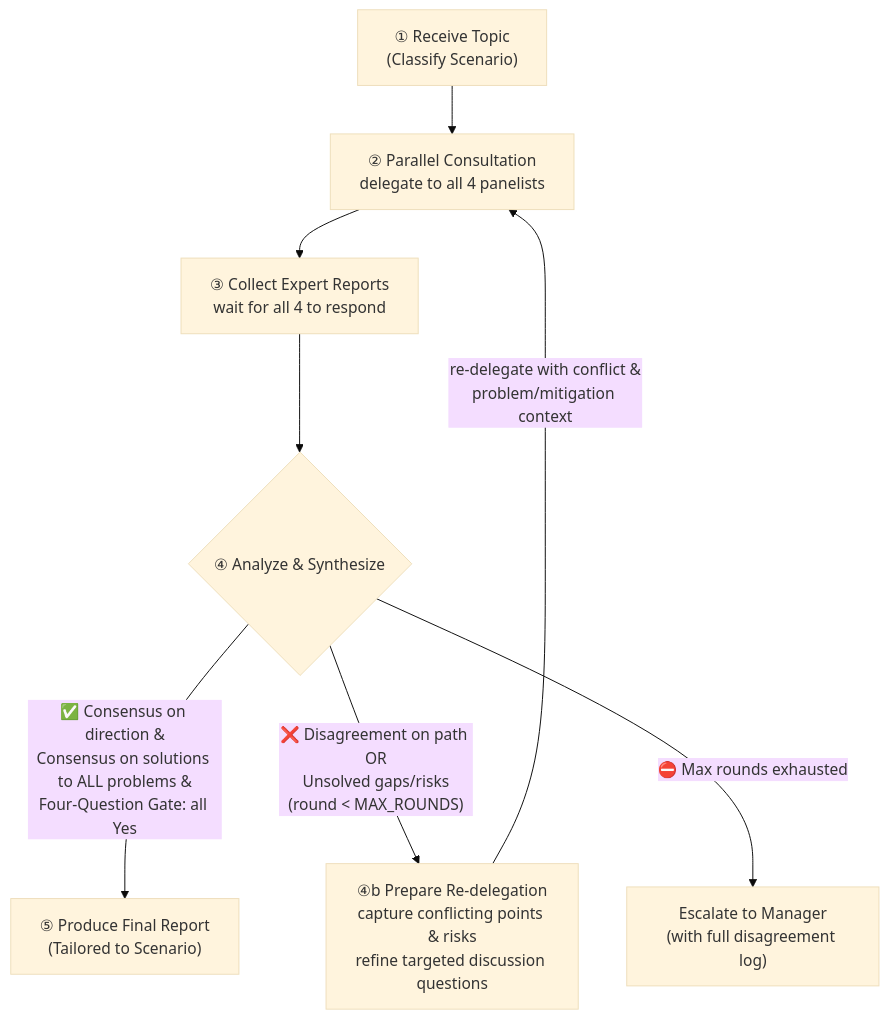
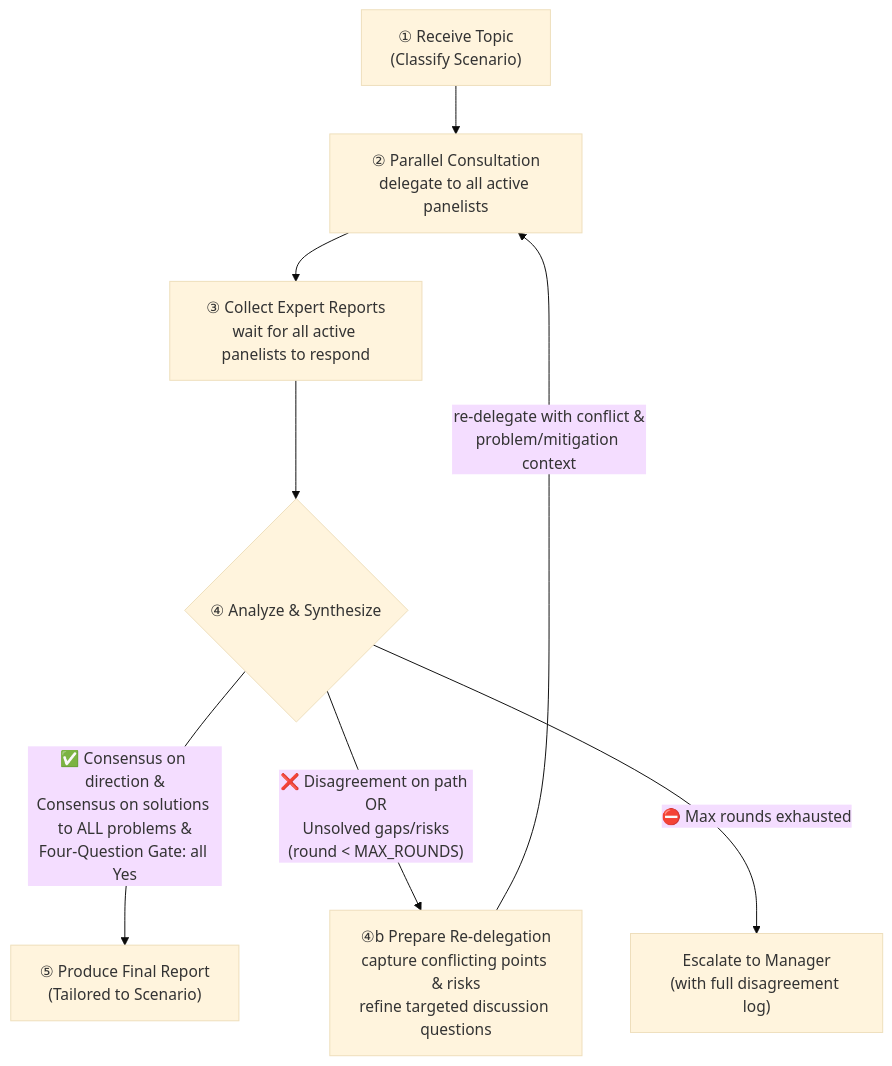
Before and after one commit to T-1009/personal-assistant: the second of 2 diagrams in .opencode/agents/panel-chair.md, drawn with Mermaid (base theme). The commit also changed other lines of this file and 1 other file, not shown here.

````diff
--- a/.opencode/agents/panel-chair.md
+++ b/.opencode/agents/panel-chair.md
@@ -115,10 +115,10 @@
 ```mermaid
 flowchart TD
-    A["① Receive Topic<br/>(Classify Scenario)"] --> B["② Parallel Consultation<br/>delegate to all 4 panelists"]
-    B --> C["③ Collect Expert Reports<br/>wait for all 4 to respond"]
+    A["① Receive Topic<br/>(Classify Scenario)"] --> B["② Parallel Consultation<br/>delegate to all active panelists"]
+    B --> C["③ Collect Expert Reports<br/>wait for all active panelists to respond"]
     C --> D{"④ Analyze & Synthesize"}
     D -->|"✅ Consensus on direction &<br/>Consensus on solutions to ALL problems &<br/>Four-Question Gate: all Yes"| E["⑤ Produce Final Report<br/>(Tailored to Scenario)"]
     D -->|"❌ Disagreement on path OR<br/>Unsolved gaps/risks<br/>(round < MAX_ROUNDS)"| F["④b Prepare Re-delegation<br/>capture conflicting points & risks<br/>refine targeted discussion questions"]
     F -->|"re-delegate with conflict &<br/>problem/mitigation context"| B
     D -->|"⛔ Max rounds exhausted"| G["Escalate to Manager<br/>(with full disagreement log)"]
 ```
````
